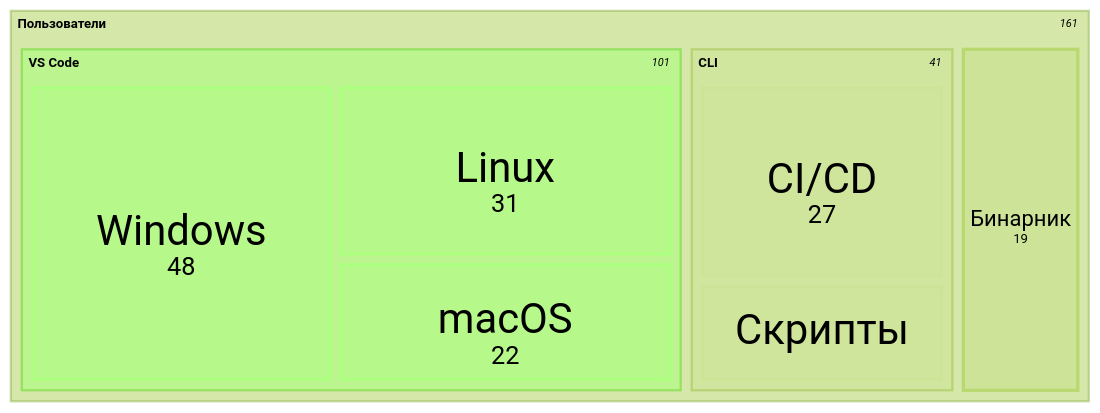
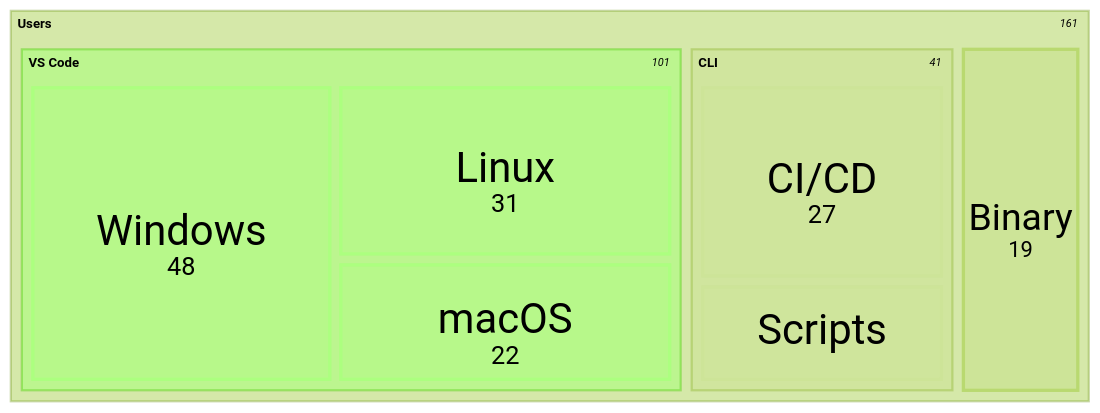
One commit to Kseen715/md2pdfX changed the sixth of 9 diagrams in examples/charts.md. Above: the diagram before and after it, drawn with Mermaid (forest theme). The commit also changed other lines of this file and 25 other files, not shown here.

````diff
--- a/examples/charts.md
+++ b/examples/charts.md
@@ -82,12 +82,12 @@
 ```mermaid
 treemap-beta
-"Пользователи"
+"Users"
     "VS Code"
         "Windows": 48
         "Linux": 31
         "macOS": 22
     "CLI"
         "CI/CD": 27
-        "Скрипты": 14
-    "Бинарник": 19
+        "Scripts": 14
+    "Binary": 19
 ```
````
